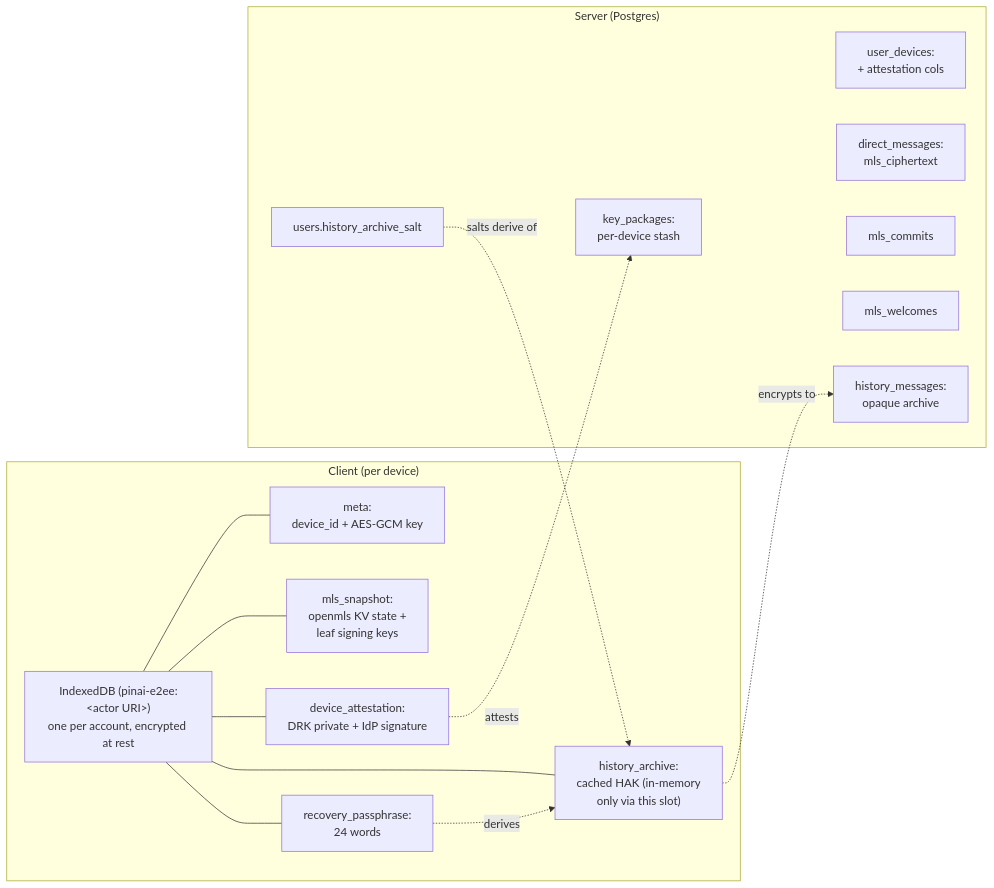
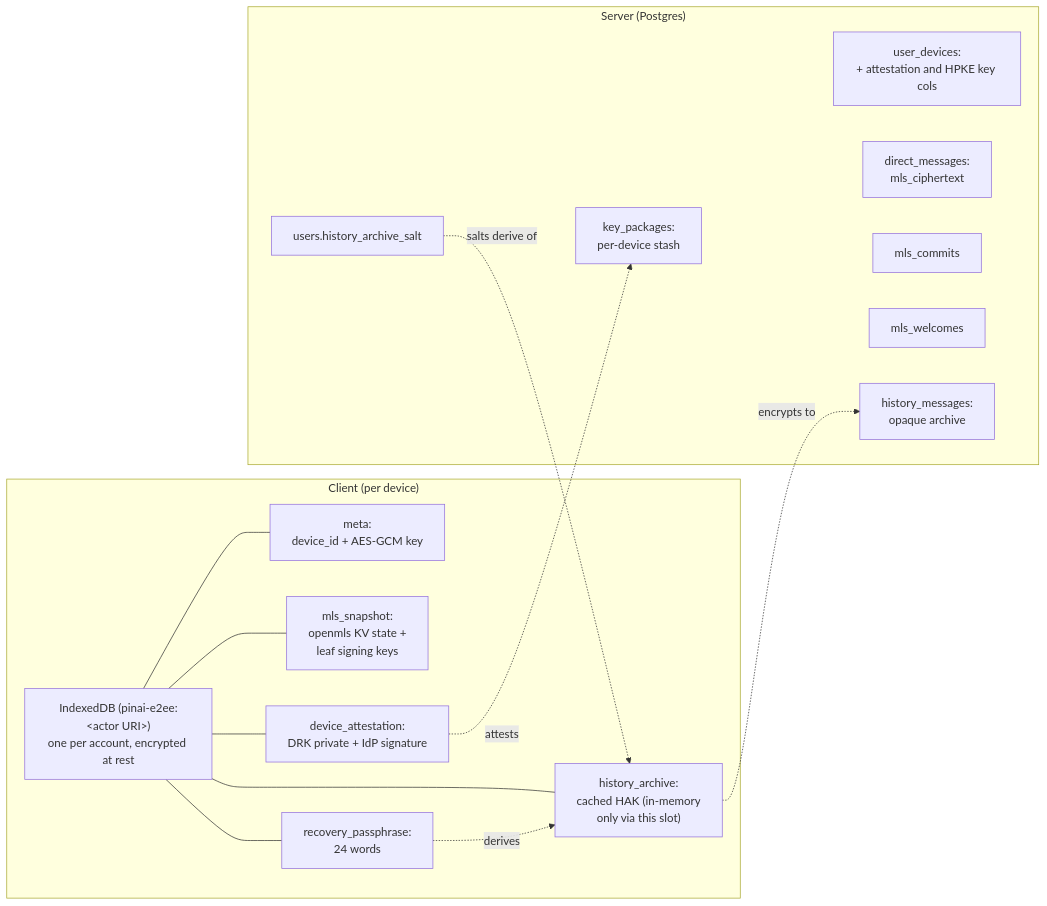
One commit to Pina-i/pinai changed diagram 12 of 12 in identity-provider/specs/e2ee.md. Above: the diagram before and after it, drawn with Mermaid. The commit also changed other lines of this file and 28 other files, not shown here.

First line of the commit message:
feat(idp): register a device's HPKE key, limit a session to its device

````diff
--- a/identity-provider/specs/e2ee.md
+++ b/identity-provider/specs/e2ee.md
@@ -830,24 +898,24 @@
 ```mermaid
 flowchart LR
     subgraph client ["Client (per device)"]
         IDB["IndexedDB (pinai-e2ee:#lt;actor URI#gt;)<br/>one per account, encrypted at rest"]
         IDB --- meta["meta:<br/>device_id + AES-GCM key"]
         IDB --- ident["mls_snapshot:<br/>openmls KV state +<br/>leaf signing keys"]
         IDB --- att["device_attestation:<br/>DRK private + IdP signature"]
         IDB --- pass["recovery_passphrase:<br/>24 words"]
         IDB --- hist["history_archive:<br/>cached HAK (in-memory<br/>only via this slot)"]
     end
     subgraph server ["Server (Postgres)"]
-        UD["user_devices:<br/>+ attestation cols"]
+        UD["user_devices:<br/>+ attestation and HPKE key cols"]
         KP["key_packages:<br/>per-device stash"]
         DM["direct_messages:<br/>mls_ciphertext"]
         MC["mls_commits"]
         MW["mls_welcomes"]
         HM["history_messages:<br/>opaque archive"]
         US["users.history_archive_salt"]
     end
     att -.->|attests| KP
     pass -.->|derives| hist
     hist -.->|encrypts to| HM
     US -.->|salts derive of| hist
 ```
````
